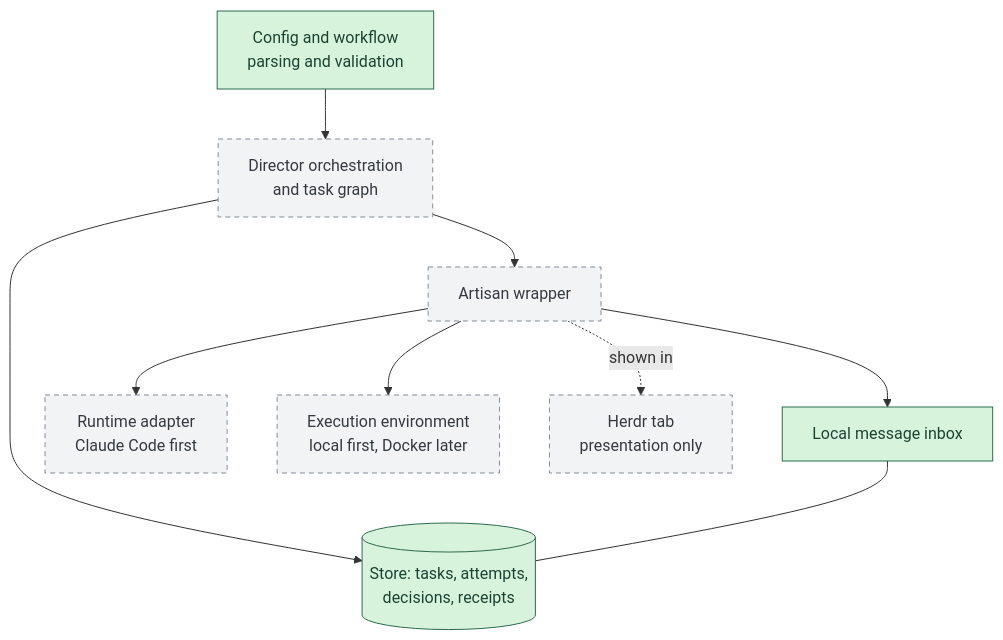
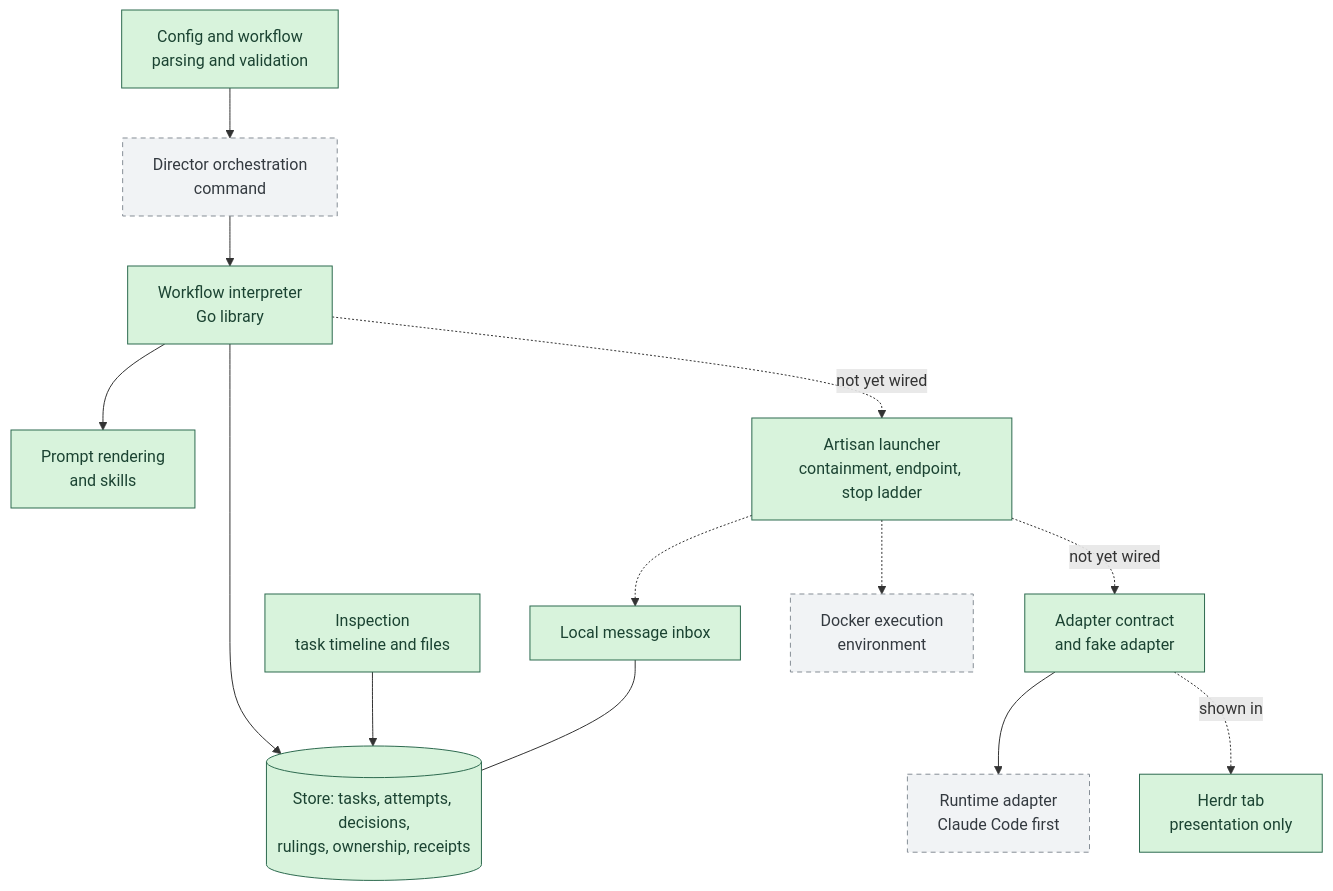
One commit to ndrwl/guildhall changed the second of 4 diagrams in README.md. Above: the diagram before and after it, drawn with Mermaid. The commit also changed other lines of this file and 42 other files, not shown here.

First line of the commit message:
docs: number D25-D43, name the evidence directory and count rulings in store doctor

````diff
--- a/README.md
+++ b/README.md
@@ -79,23 +79,31 @@
 ```mermaid
 flowchart TB
     classDef built fill:#d8f3dc,stroke:#2d6a4f,color:#1b4332
     classDef planned fill:#f1f3f5,stroke:#868e96,color:#343a40,stroke-dasharray:5 4
 
     CFG["Config and workflow<br/>parsing and validation"]:::built
-    STORE[("Store: tasks, attempts,<br/>decisions, receipts")]:::built
+    STORE[("Store: tasks, attempts, decisions,<br/>rulings, ownership, receipts")]:::built
     MSG["Local message inbox"]:::built
-    DIR["Director orchestration<br/>and task graph"]:::planned
-    WRAP["Artisan wrapper"]:::planned
+    INSP["Inspection<br/>task timeline and files"]:::built
+    DIR["Director orchestration<br/>command"]:::planned
+    INTERP["Workflow interpreter<br/>Go library"]:::built
+    RENDER["Prompt rendering<br/>and skills"]:::built
+    WRAP["Artisan launcher<br/>containment, endpoint, stop ladder"]:::built
+    ADAPT["Adapter contract<br/>and fake adapter"]:::built
     RT["Runtime adapter<br/>Claude Code first"]:::planned
-    EXEC["Execution environment<br/>local first, Docker later"]:::planned
-    HERDR["Herdr tab<br/>presentation only"]:::planned
+    EXEC["Docker execution<br/>environment"]:::planned
+    HERDR["Herdr tab<br/>presentation only"]:::built
 
     CFG --> DIR
-    DIR --> STORE
+    DIR --> INTERP
+    INTERP --> STORE
+    INTERP --> RENDER
+    INSP --> STORE
     MSG --- STORE
-    DIR --> WRAP
-    WRAP --> RT
-    WRAP --> EXEC
-    WRAP --> MSG
-    WRAP -. "shown in" .-> HERDR
+    INTERP -. "not yet wired" .-> WRAP
+    WRAP -. "not yet wired" .-> ADAPT
+    ADAPT --> RT
+    WRAP -.-> EXEC
+    WRAP -.-> MSG
+    ADAPT -. "shown in" .-> HERDR
 ```
````
